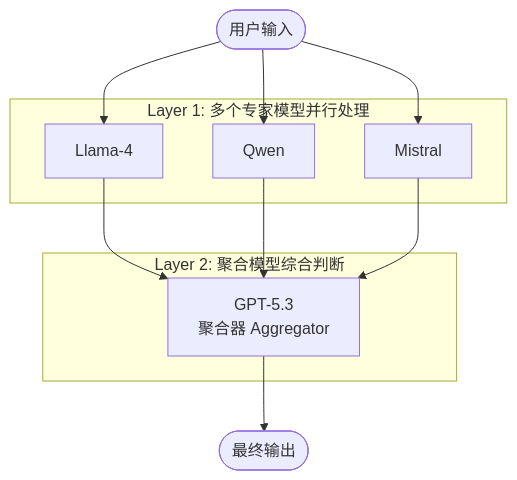
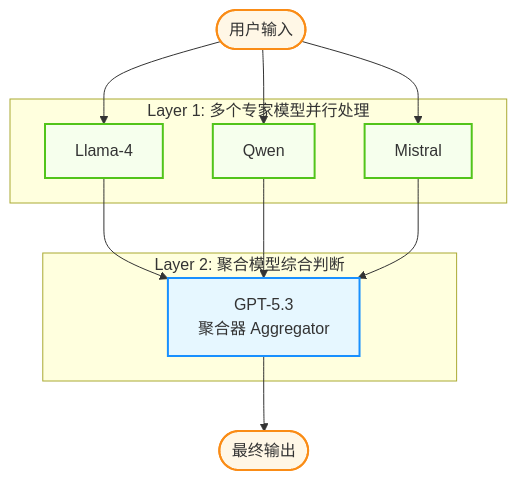
Before and after one commit to yeasy/agentic_ai_guide: the diagram in 05_collaboration/5.3_dynamic_teaming.md, drawn with Mermaid. The commit also changed 36 other files, not shown here.

````diff
--- a/05_collaboration/5.3_dynamic_teaming.md
+++ b/05_collaboration/5.3_dynamic_teaming.md
@@ -200,22 +200,31 @@
 ```mermaid
 graph TD
+    %% Agentic Design System
+    classDef user fill:#fff7e6,stroke:#fa8c16,stroke-width:2px;
+    classDef agent fill:#e6f7ff,stroke:#1890ff,stroke-width:2px;
+    classDef tool fill:#f6ffed,stroke:#52c41a,stroke-width:2px;
+
     subgraph Layer1 [Layer 1: 多个专家模型并行处理]
         M1[Llama-4]
         M2[Qwen]
         M3[Mistral]
     end
     
     subgraph Layer2 [Layer 2: 聚合模型综合判断]
         Agg[GPT-5.3<br>聚合器 Aggregator]
     end
     
     Input([用户输入]) --> M1
     Input --> M2
     Input --> M3
     
     M1 --> Agg
     M2 --> Agg
     M3 --> Agg
     
     Agg --> Output([最终输出])
+    
+    class Input,Output user;
+    class M1,M2,M3 tool;
+    class Agg agent;
 ```
````
